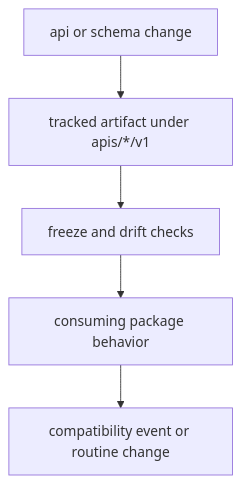
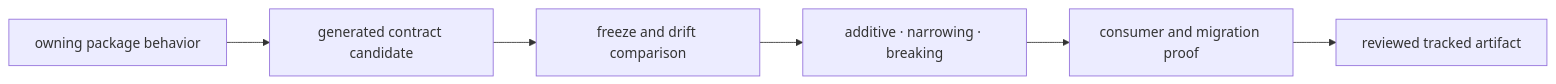
One commit to bijux/bijux-proteomics changed the diagram in docs/01-bijux-proteomics/operations/api-and-schema-governance.md. Above: the diagram before and after it, drawn with Mermaid. The commit also changed other lines of this file and 2 other files, not shown here.

Commit message:
docs(governance): define public contract proof

````diff
--- a/docs/01-bijux-proteomics/operations/api-and-schema-governance.md
+++ b/docs/01-bijux-proteomics/operations/api-and-schema-governance.md
@@ -18,13 +18,10 @@
 ```mermaid
-flowchart TB
-    change["api or schema change"]
-    artifact["tracked artifact under apis/*/v1"]
-    checks["freeze and drift checks"]
-    behavior["consuming package behavior"]
-    verdict["compatibility event or routine change"]
-
-    change --> artifact
-    artifact --> checks
-    checks --> behavior
-    behavior --> verdict
+flowchart LR
+    owner["owning package behavior"]
+    generate["generated contract candidate"]
+    compare["freeze and drift comparison"]
+    classify["additive · narrowing · breaking"]
+    consumers["consumer and migration proof"]
+    tracked["reviewed tracked artifact"]
+    owner --> generate --> compare --> classify --> consumers --> tracked
 ```
````
